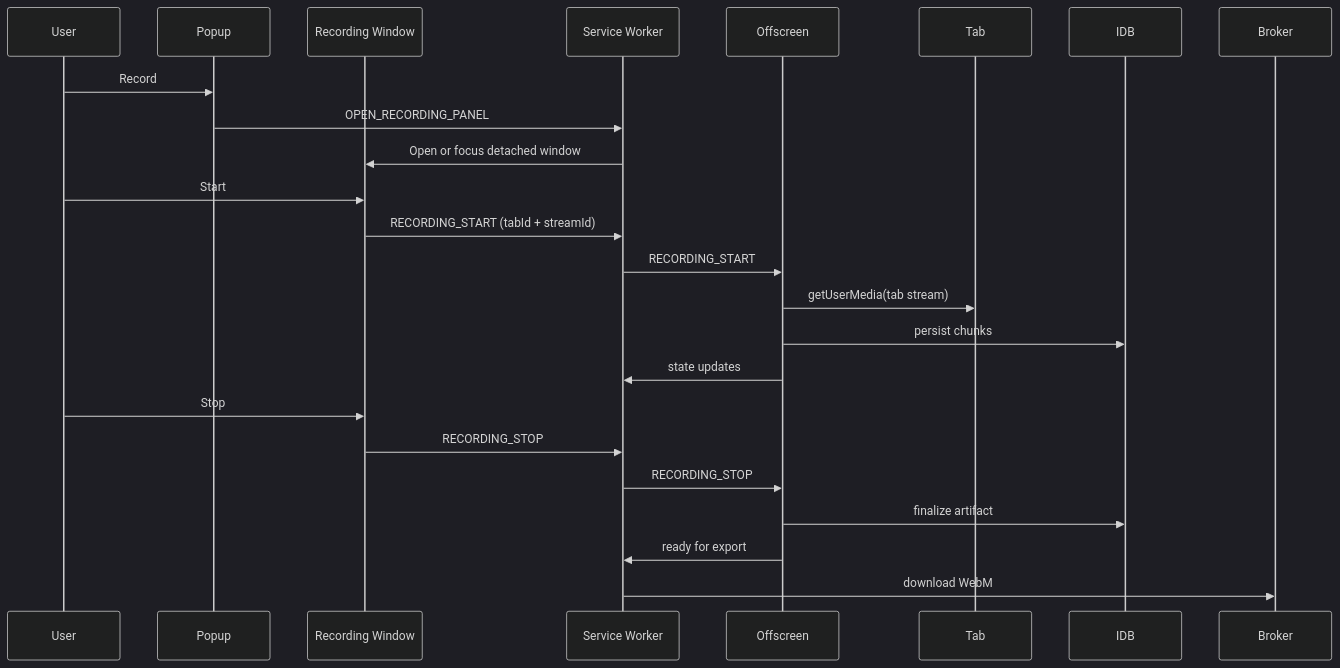
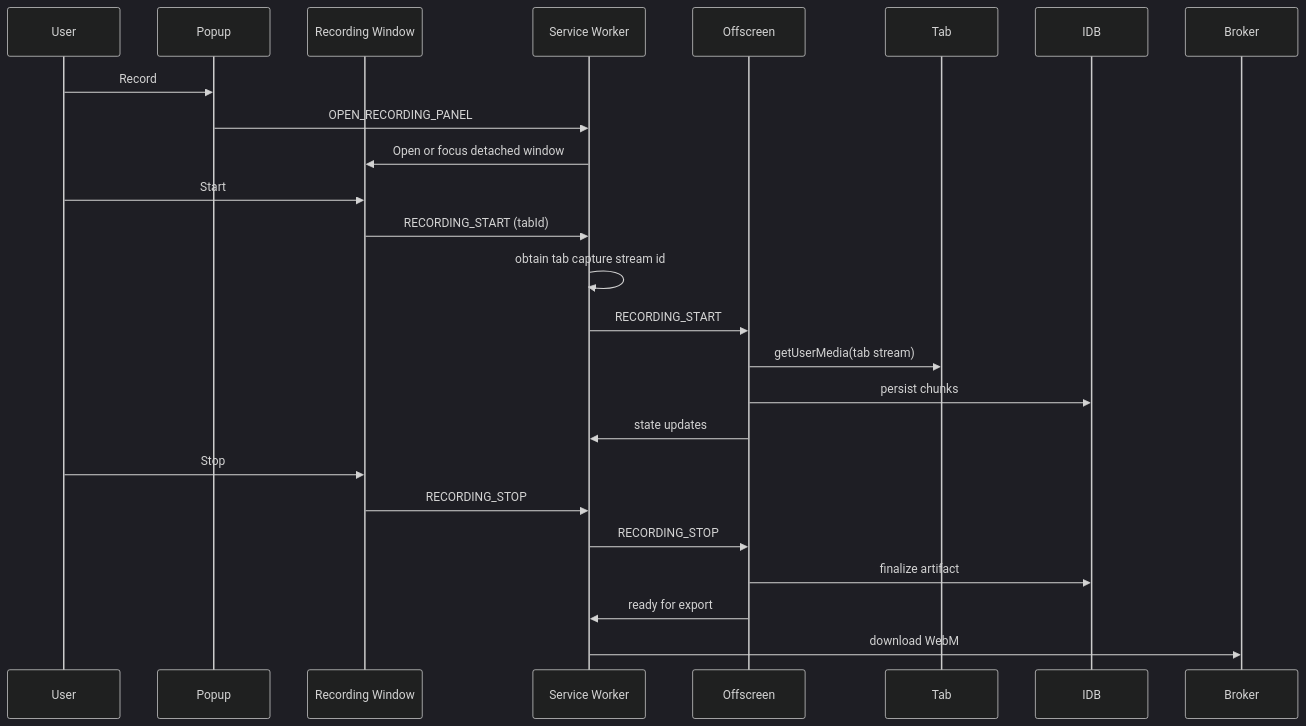
One commit to Kishorekomminenik/CleanrMLP1 changed the fourth of 7 diagrams in extension/docs/architecture/repro-architecture-v1.md. Above: the diagram before and after it, drawn with Mermaid (dark theme). The commit also changed other lines of this file, not shown here.

Commit message:
Refresh Repro V1 architecture diagrams

````diff
--- a/extension/docs/architecture/repro-architecture-v1.md
+++ b/extension/docs/architecture/repro-architecture-v1.md
@@ -118,29 +121,30 @@
 ```mermaid
 sequenceDiagram
   participant User
   participant Popup
   participant RecWin as Recording Window
   participant SW as Service Worker
   participant Offscreen
   participant Tab
   participant IDB
   participant Broker
 
   User->>Popup: Record
   Popup->>SW: OPEN_RECORDING_PANEL
   SW->>RecWin: Open or focus detached window
 
   User->>RecWin: Start
-  RecWin->>SW: RECORDING_START (tabId + streamId)
+  RecWin->>SW: RECORDING_START (tabId)
+  SW->>SW: obtain tab capture stream id
   SW->>Offscreen: RECORDING_START
   Offscreen->>Tab: getUserMedia(tab stream)
   Offscreen->>IDB: persist chunks
   Offscreen->>SW: state updates
 
   User->>RecWin: Stop
   RecWin->>SW: RECORDING_STOP
   SW->>Offscreen: RECORDING_STOP
   Offscreen->>IDB: finalize artifact
   Offscreen->>SW: ready for export
   SW->>Broker: download WebM
 ```
````
